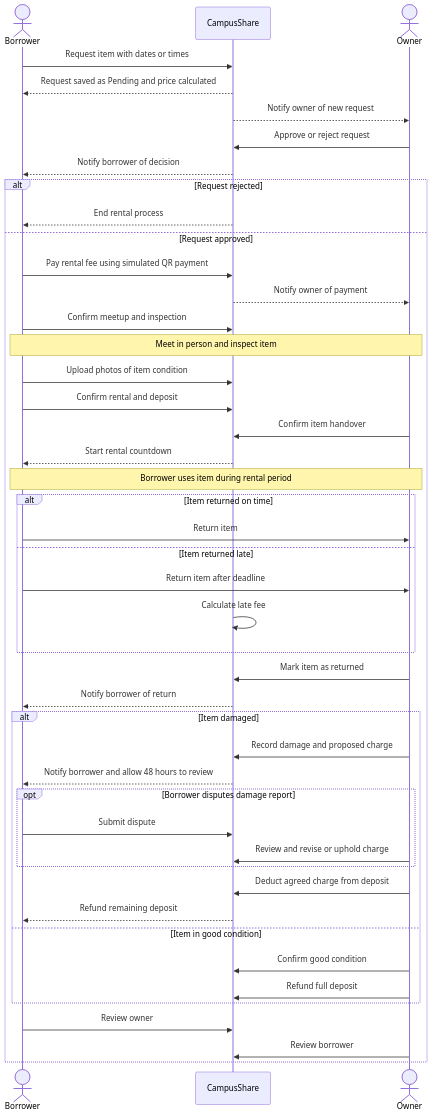
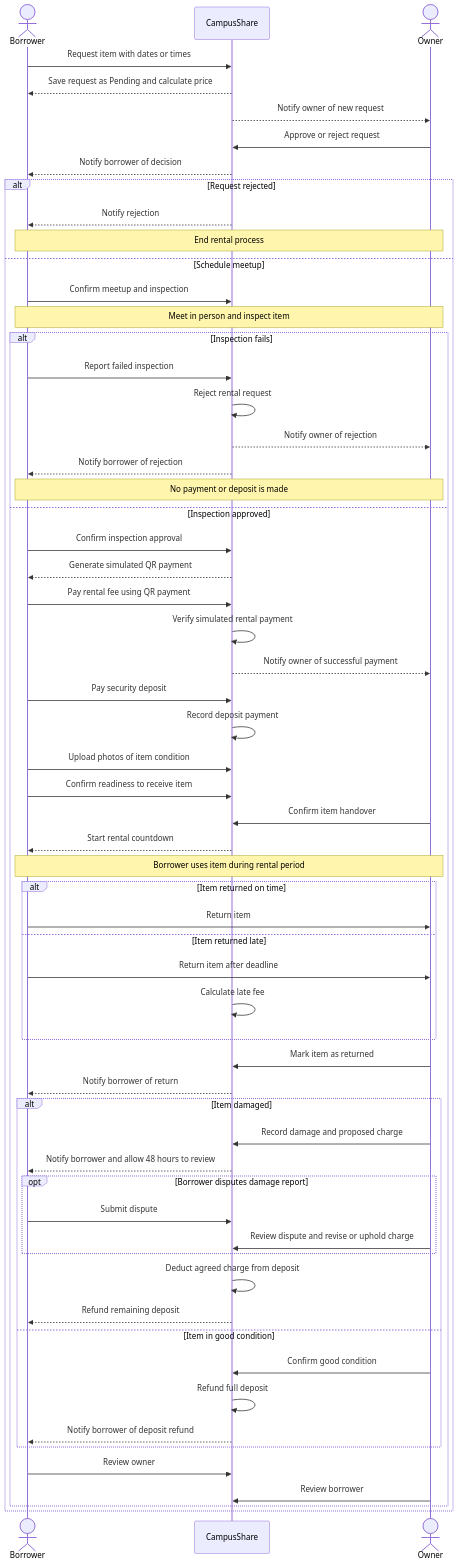
One commit to bhsei/26F changed the third of 4 diagrams in docs/requirements/SRS.md. Above: the diagram before and after it, drawn with Mermaid. The commit also changed other lines of this file, not shown here.

Commit message:
W7 - SRS v0.3 for peer review; re-baselined against joe-work, diagrams updated

````diff
--- a/docs/requirements/SRS.md
+++ b/docs/requirements/SRS.md
@@ -376,55 +406,71 @@
 ```mermaid
 sequenceDiagram
     actor B as Borrower
     participant S as CampusShare
     actor O as Owner
 
     B->>S: Request item with dates or times
-    S-->>B: Request saved as Pending and price calculated
+    S-->>B: Save request as Pending and calculate price
     S-->>O: Notify owner of new request
-
     O->>S: Approve or reject request
     S-->>B: Notify borrower of decision
 
     alt Request rejected
-        S-->>B: End rental process
-    else Request approved
-        B->>S: Pay rental fee using simulated QR payment
-        S-->>O: Notify owner of payment
+        S-->>B: Notify rejection
+        Note over B,O: End rental process
+    else Schedule meetup
         B->>S: Confirm meetup and inspection
         Note over B,O: Meet in person and inspect item
-        B->>S: Upload photos of item condition
-        B->>S: Confirm rental and deposit
-        O->>S: Confirm item handover
-        S-->>B: Start rental countdown
 
-        Note over B,O: Borrower uses item during rental period
+        alt Inspection fails
+            B->>S: Report failed inspection
+            S->>S: Reject rental request
+            S-->>O: Notify owner of rejection
+            S-->>B: Notify borrower of rejection
+            Note over B,O: No payment or deposit is made
+        else Inspection approved
+            B->>S: Confirm inspection approval
+            S-->>B: Generate simulated QR payment
+            B->>S: Pay rental fee using QR payment
+            S->>S: Verify simulated rental payment
+            S-->>O: Notify owner of successful payment
 
-        alt Item returned on time
-            B->>O: Return item
-        else Item returned late
-            B->>O: Return item after deadline
-            S->>S: Calculate late fee
+            B->>S: Pay security deposit
+            S->>S: Record deposit payment
+            B->>S: Upload photos of item condition
+            B->>S: Confirm readiness to receive item
+            O->>S: Confirm item handover
+            S-->>B: Start rental countdown
+
+            Note over B,O: Borrower uses item during rental period
+
+            alt Item returned on time
+                B->>O: Return item
+            else Item returned late
+                B->>O: Return item after deadline
+                S->>S: Calculate late fee
+            end
+
+            O->>S: Mark item as returned
+            S-->>B: Notify borrower of return
+
+            alt Item damaged
+                O->>S: Record damage and proposed charge
+                S-->>B: Notify borrower and allow 48 hours to review
+                opt Borrower disputes damage report
+                    B->>S: Submit dispute
+                    O->>S: Review dispute and revise or uphold charge
+                end
+                S->>S: Deduct agreed charge from deposit
+                S-->>B: Refund remaining deposit
+            else Item in good condition
+                O->>S: Confirm good condition
+                S->>S: Refund full deposit
+                S-->>B: Notify borrower of deposit refund
+            end
+
+            B->>S: Review owner
+            O->>S: Review borrower
         end
-
-        O->>S: Mark item as returned
-        S-->>B: Notify borrower of return
-
-        alt Item damaged
-            O->>S: Record damage and proposed charge
-            S-->>B: Notify borrower and allow 48 hours to review
-            opt Borrower disputes damage report
-                B->>S: Submit dispute
-                O->>S: Review and revise or uphold charge
-            end
-            O->>S: Deduct agreed charge from deposit
-            S-->>B: Refund remaining deposit
-        else Item in good condition
-            O->>S: Confirm good condition
-            O->>S: Refund full deposit
-        end
-
-        B->>S: Review owner
-        O->>S: Review borrower
     end
 ```
````
